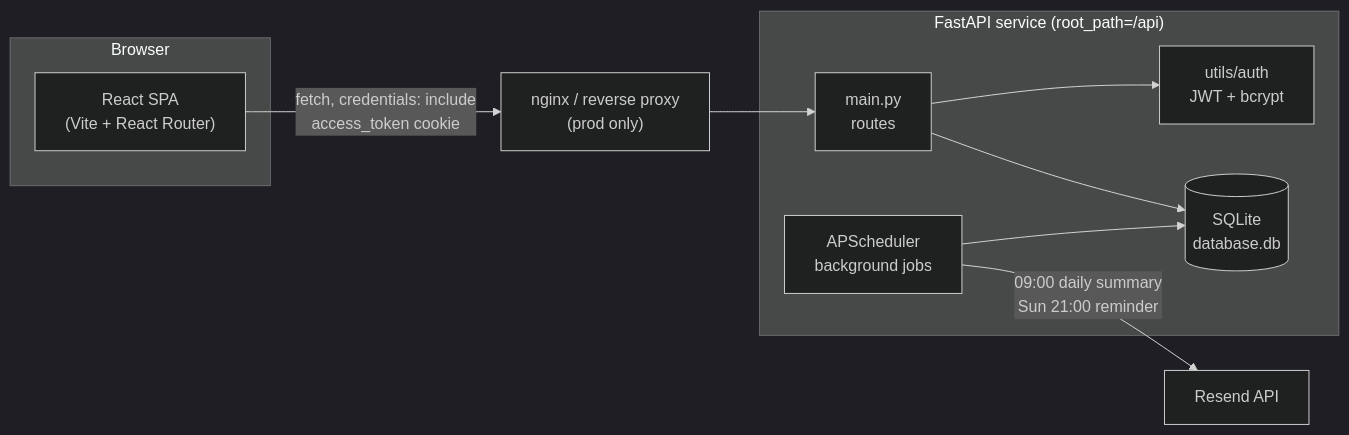
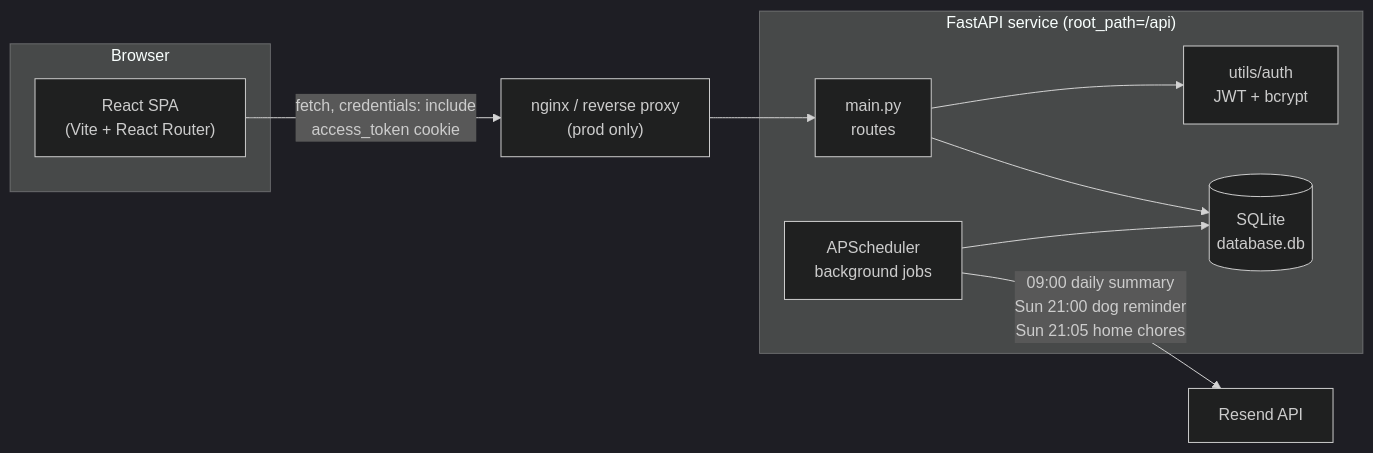
One commit to deej-tsn/chores changed the first of 2 diagrams in README.md. Above: the diagram before and after it, drawn with Mermaid (dark theme). The commit also changed other lines of this file and 6 other files, not shown here.

````diff
--- a/README.md
+++ b/README.md
@@ -106,23 +110,23 @@
 ```mermaid
 flowchart LR
     subgraph Browser
         SPA["React SPA<br/>(Vite + React Router)"]
     end
 
     subgraph Backend["FastAPI service (root_path=/api)"]
         API["main.py<br/>routes"]
         JWT["utils/auth<br/>JWT + bcrypt"]
         DB[("SQLite<br/>database.db")]
         SCHED["APScheduler<br/>background jobs"]
     end
 
     MAIL["Resend API"]
     PROXY["nginx / reverse proxy<br/>(prod only)"]
 
     SPA -- "fetch, credentials: include<br/>access_token cookie" --> PROXY
     PROXY --> API
     API --> JWT
     API --> DB
-    SCHED -- "09:00 daily summary<br/>Sun 21:00 reminder" --> MAIL
+    SCHED -- "09:00 daily summary<br/>Sun 21:00 dog reminder<br/>Sun 21:05 home chores" --> MAIL
     SCHED --> DB
 ```
````
